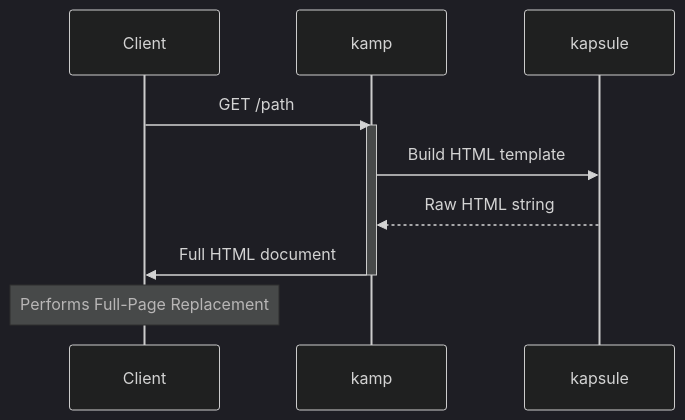
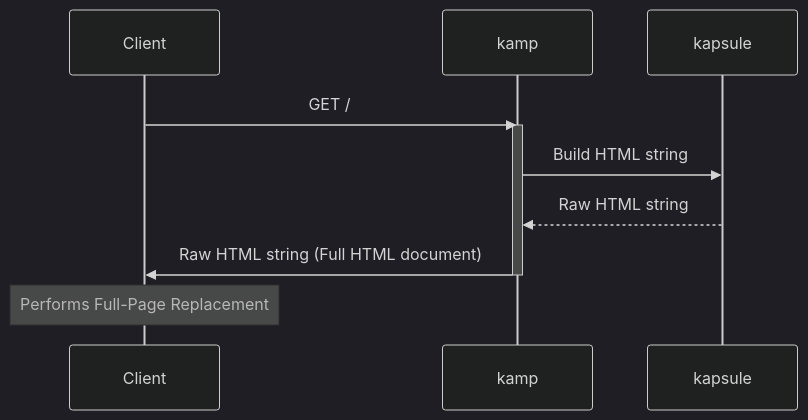
Before and after one commit to sakethpathike/sakethpathike.github.io: the diagram in README.md, drawn with Mermaid (dark theme). The commit also changed other lines of this file, not shown here.

````diff
--- a/README.md
+++ b/README.md
@@ -6,10 +6,10 @@
 ```mermaid
 sequenceDiagram
-    Client->>kamp: GET /path
+    Client->>kamp: GET /
     activate kamp
-    kamp->>kapsule: Build HTML template
+    kamp->>kapsule: Build HTML string
     kapsule-->>kamp: Raw HTML string
-    kamp->>Client: Full HTML document
+    kamp->>Client: Raw HTML string (Full HTML document)
     deactivate kamp
     Note over Client: Performs Full-Page Replacement
 ```
````
